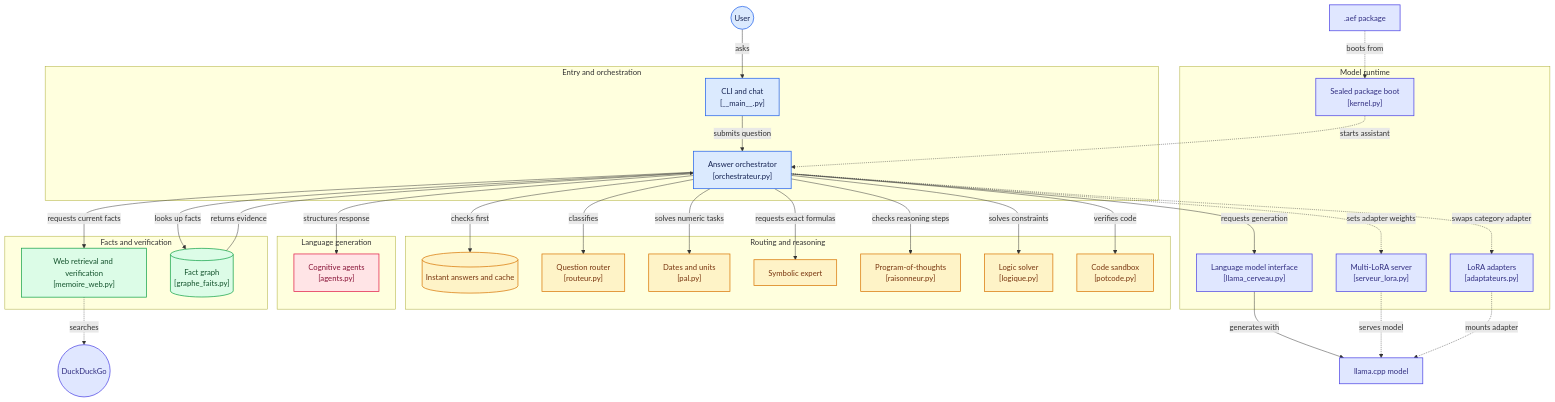
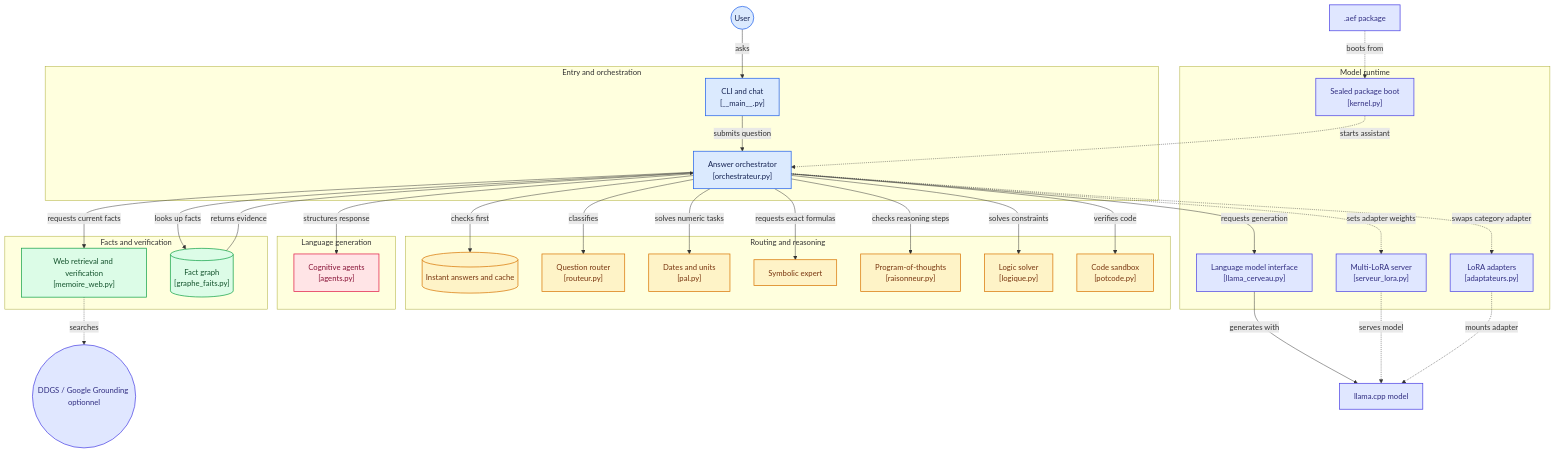
Before and after one commit to Simonc44/aura-1b: the diagram in README.fr.md, drawn with Mermaid. The commit also changed other lines of this file and 196 other files, not shown here.

```diff
--- a/README.fr.md
+++ b/README.fr.md
@@ -134,7 +139,7 @@
   node_kernel["Sealed package boot<br/>[kernel.py]"]
 end
 node_user(("User"))
-node_web(("DuckDuckGo"))
+node_web(("DDGS / Google Grounding optionnel"))
 node_llama["llama.cpp model"]
 node_aef[".aef package"]
 node_user -->|"asks"| node_cli
```
